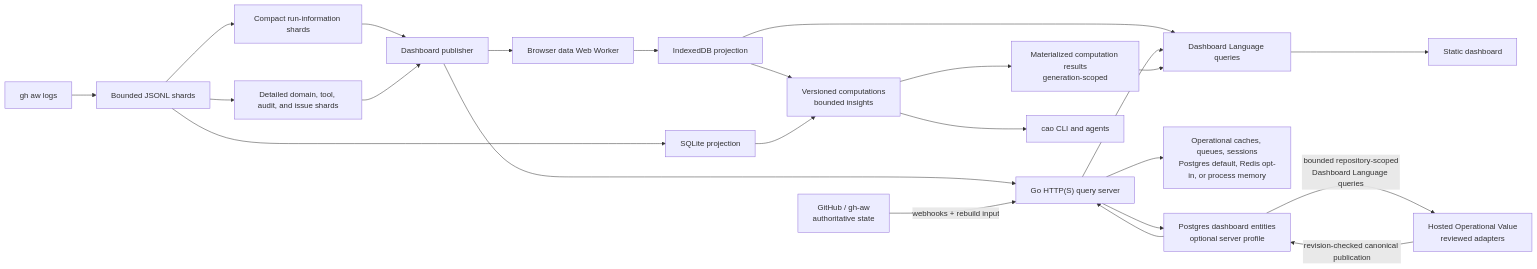
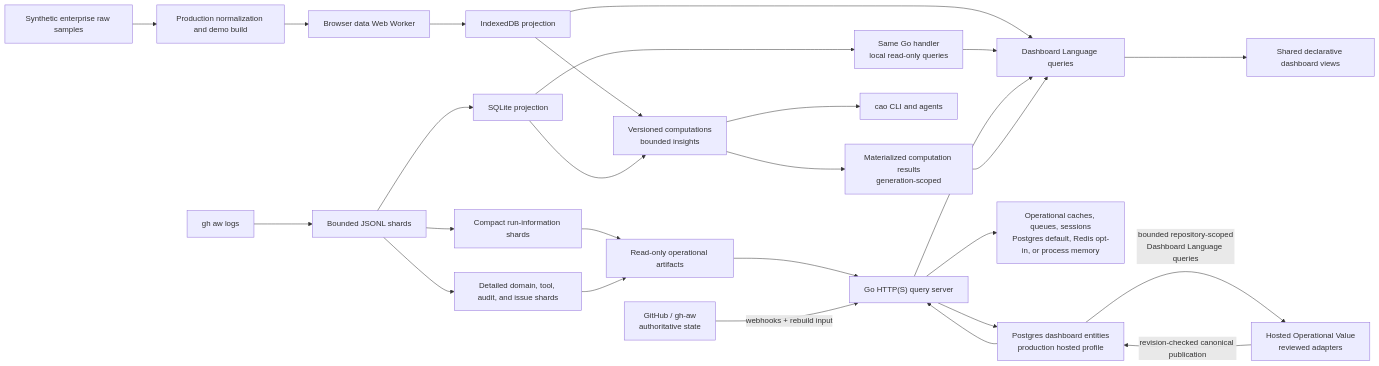
Before and after one commit to githubnext/gh-cao: the second of 2 diagrams in ARCHITECTURE.md, drawn with Mermaid. The commit also changed other lines of this file and 145 other files, not shown here.

First line of the commit message:
Separate operational dashboard data from the synthetic Pages demo

````diff
--- a/ARCHITECTURE.md
+++ b/ARCHITECTURE.md
@@ -176,40 +176,44 @@
 ```mermaid
 flowchart LR
     Logs["gh aw logs"]
     Shards["Bounded JSONL shards"]
     Runs["Compact run-information shards"]
     Records["Detailed domain, tool, audit, and issue shards"]
     SQLite["SQLite projection"]
-    Publisher["Dashboard publisher"]
+    Publisher["Read-only operational artifacts"]
+    Sample["Synthetic enterprise raw samples"]
+    Normalize["Production normalization and demo build"]
     Worker["Browser data Web Worker"]
     IndexedDB["IndexedDB projection"]
-    Postgres["Postgres dashboard entities<br/>optional server profile"]
+    Postgres["Postgres dashboard entities<br/>production hosted profile"]
     Redis["Operational caches, queues, sessions<br/>Postgres default, Redis opt-in, or process memory"]
     Query["Dashboard Language queries"]
     GoServer["Go HTTP(S) query server"]
     GitHub["GitHub / gh-aw<br/>authoritative state"]
     Compute["Versioned computations<br/>bounded insights"]
     HostedValue["Hosted Operational Value<br/>reviewed adapters"]
     Results["Materialized computation results<br/>generation-scoped"]
-    UI["Static dashboard"]
+    UI["Shared declarative dashboard views"]
     CLI["cao CLI and agents"]
 
     Logs --> Shards
     Shards --> SQLite
     Shards --> Runs
     Shards --> Records
     Runs --> Publisher
-    Records --> Publisher --> Worker
+    Records --> Publisher
+    Sample --> Normalize --> Worker
     Worker --> IndexedDB
     IndexedDB --> Query
     Publisher --> GoServer --> Postgres
+    SQLite --> Local["Same Go handler<br/>local read-only queries"] --> Query
     GitHub -->|"webhooks + rebuild input"| GoServer
     GoServer --> Redis
     Postgres --> GoServer --> Query
     IndexedDB --> Compute --> Results --> Query
     SQLite --> Compute
     Postgres -->|"bounded repository-scoped<br/>Dashboard Language queries"| HostedValue
     HostedValue -->|"revision-checked canonical publication"| Postgres
     Query --> UI
     Compute --> CLI
 ```
````
